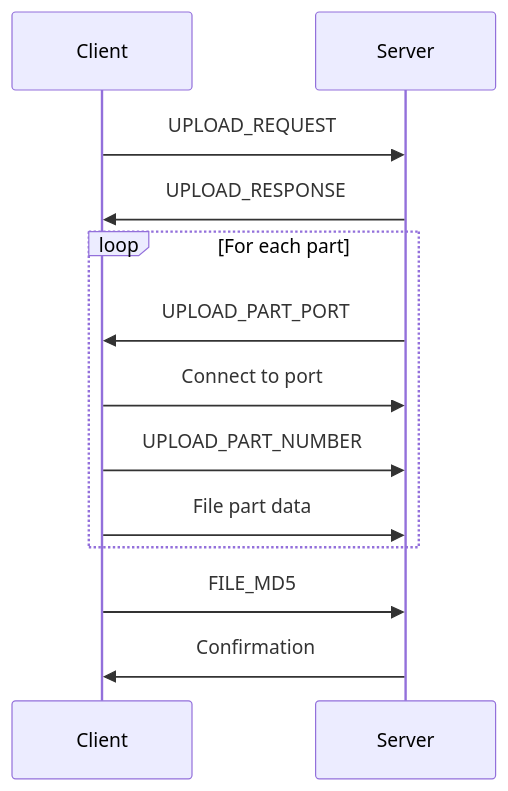
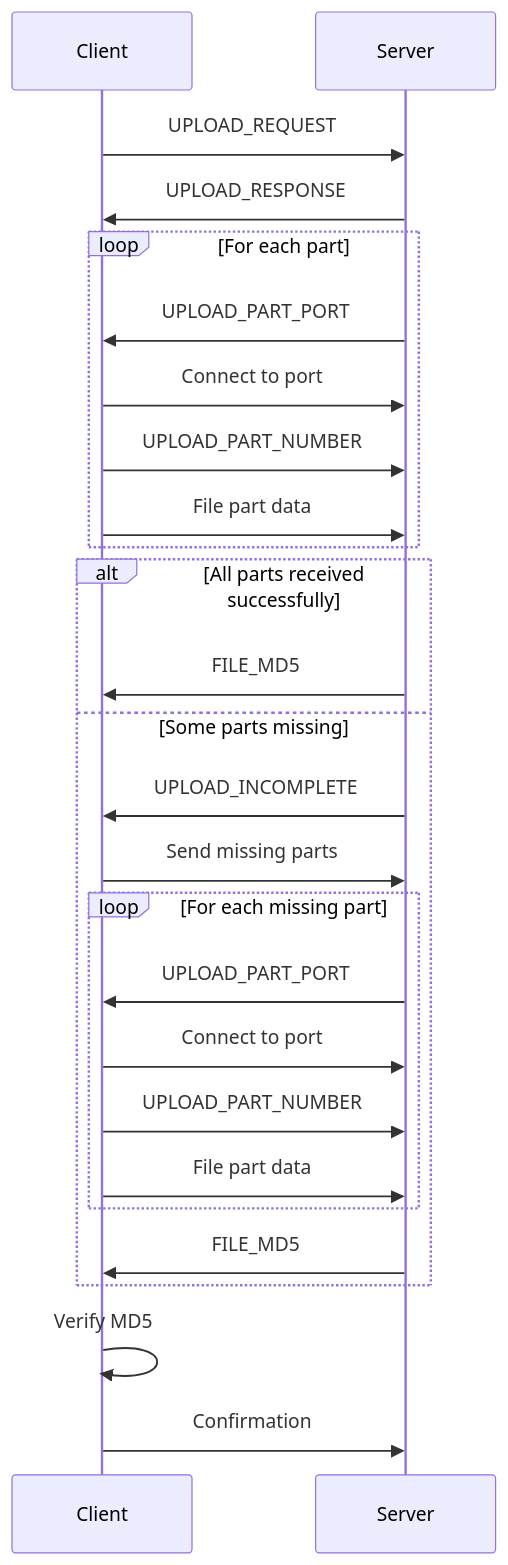
Before and after one commit to petiheo/TransferTrail: the eighth of 8 diagrams in README.md, drawn with Mermaid. The commit also changed other lines of this file and 1 other file, not shown here.

````diff
--- a/README.md
+++ b/README.md
@@ -356,16 +373,30 @@
 ```mermaid
 sequenceDiagram
     participant Client
     participant Server
 
     Client->>Server: UPLOAD_REQUEST
     Server->>Client: UPLOAD_RESPONSE
     loop For each part
         Server->>Client: UPLOAD_PART_PORT
         Client->>Server: Connect to port
         Client->>Server: UPLOAD_PART_NUMBER
         Client->>Server: File part data
     end
-    Client->>Server: FILE_MD5
-    Server->>Client: Confirmation
+    alt All parts received successfully
+        Server->>Client: FILE_MD5
+    else Some parts missing
+        Server->>Client: UPLOAD_INCOMPLETE
+        Client->>Server: Send missing parts
+        loop For each missing part
+            Server->>Client: UPLOAD_PART_PORT
+            Client->>Server: Connect to port
+            Client->>Server: UPLOAD_PART_NUMBER
+            Client->>Server: File part data
+        end
+        Server->>Client: FILE_MD5
+    end
+    Client->>Client: Verify MD5
+    Client->>Server: Confirmation
+
 ```
````
